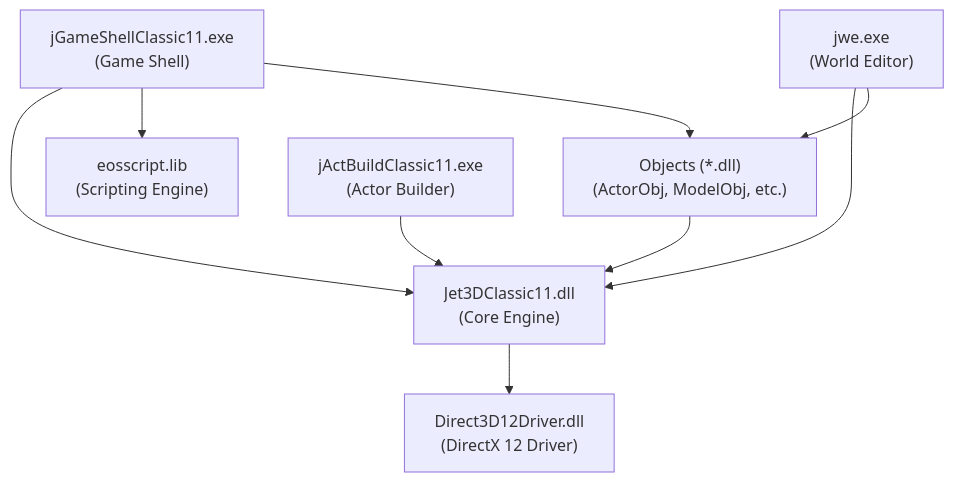
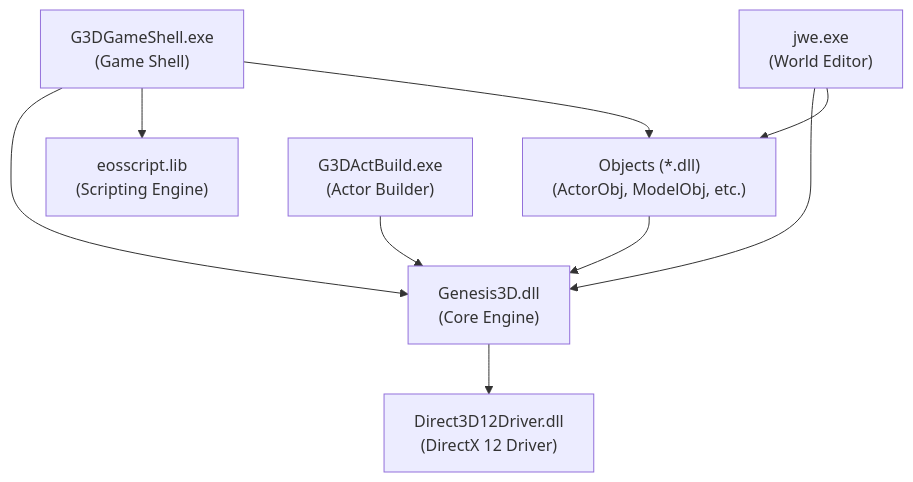
One commit to toxicclowd/Genesis3D-Reborn-Source changed the fourth of 4 diagrams in docs/CODEBASE_INDEX.md. Above: the diagram before and after it, drawn with Mermaid. The commit also changed other lines of this file and 230 other files, not shown here.

````diff
--- a/docs/CODEBASE_INDEX.md
+++ b/docs/CODEBASE_INDEX.md
@@ -432,19 +431,19 @@
 ```mermaid
 graph TD
-    Jet3D["Jet3DClassic11.dll\n(Core Engine)"]
+    Engine["Genesis3D.dll\n(Core Engine)"]
     D3D12["Direct3D12Driver.dll\n(DirectX 12 Driver)"]
     Objects["Objects (*.dll)\n(ActorObj, ModelObj, etc.)"]
     Eos["eosscript.lib\n(Scripting Engine)"]
-    GameShell["jGameShellClassic11.exe\n(Game Shell)"]
-    ActBuild["jActBuildClassic11.exe\n(Actor Builder)"]
+    GameShell["G3DGameShell.exe\n(Game Shell)"]
+    ActBuild["G3DActBuild.exe\n(Actor Builder)"]
     Editor["jwe.exe\n(World Editor)"]
 
-    Jet3D --> D3D12
-    Objects --> Jet3D
-    GameShell --> Jet3D
+    Engine --> D3D12
+    Objects --> Engine
+    GameShell --> Engine
     GameShell --> Eos
     GameShell --> Objects
-    ActBuild --> Jet3D
-    Editor --> Jet3D
+    ActBuild --> Engine
+    Editor --> Engine
     Editor --> Objects
 ```
````
